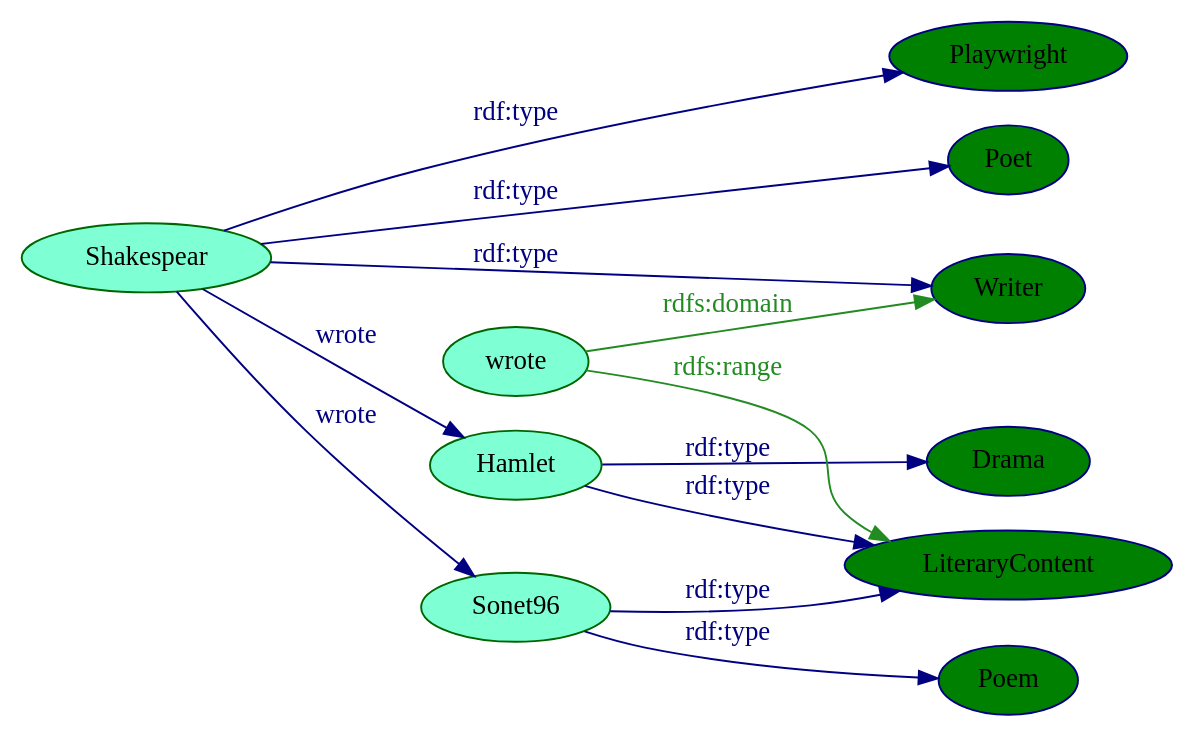
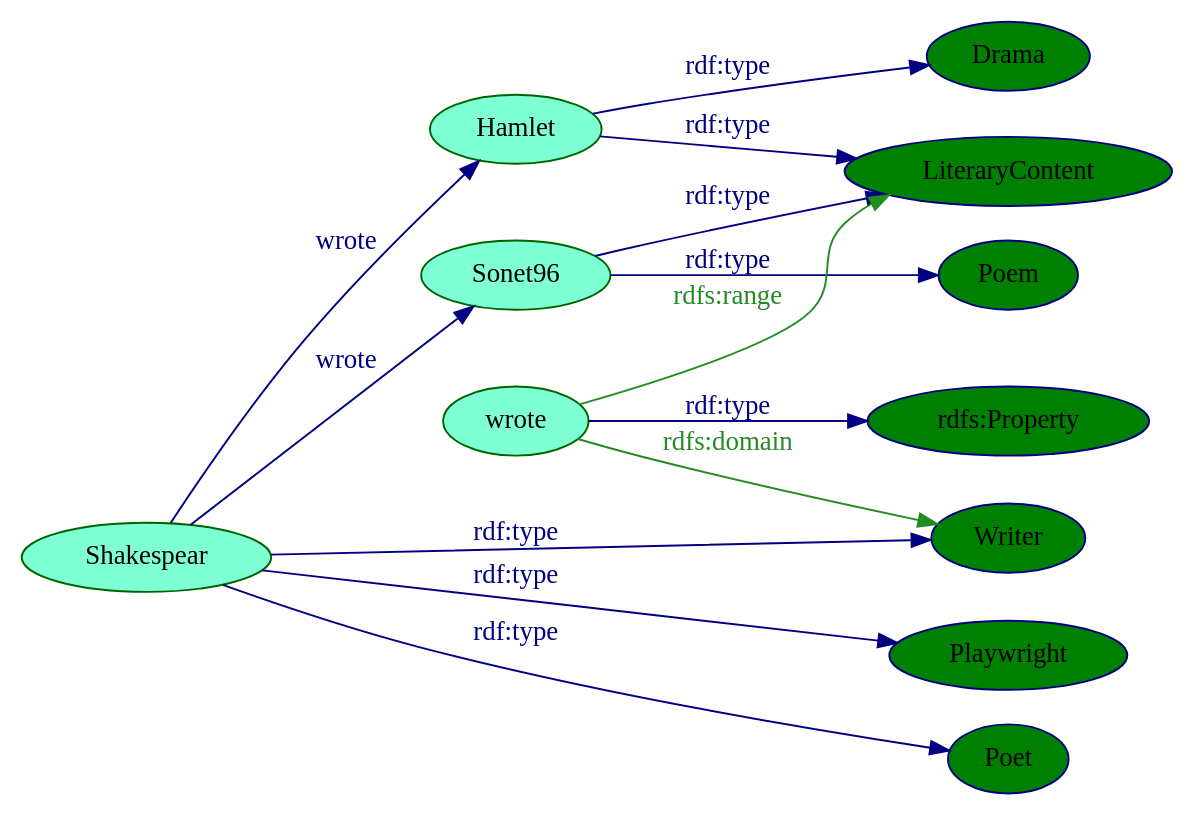
One commit to grochmal/birkbeck changed the diagram in int_tech/sw/coursework/ex1_playwrights.dot. Above: the diagram before and after it, drawn with Graphviz. The commit also changed 9 other files, not shown here.

```diff
--- a/int_tech/sw/coursework/ex1_playwrights.dot
+++ b/int_tech/sw/coursework/ex1_playwrights.dot
@@ -1,29 +1,23 @@
 digraph {
     rankdir=LR;
-    {rank=same; Playwright Poet Writer Drama Poem LiteraryContent}
-    Shakespear [style="filled",color="darkgreen",fillcolor="aquamarine"];
-    Hamlet  [style="filled",color="darkgreen",fillcolor="aquamarine"];
-    Sonet96 [style="filled",color="darkgreen",fillcolor="aquamarine"];
-    wrote   [style="filled",color="darkgreen",fillcolor="aquamarine"];
-    Playwright      [style="filled",color="navyblue",fillcolor="green"];
-    Poet            [style="filled",color="navyblue",fillcolor="green"];
-    Drama           [style="filled",color="navyblue",fillcolor="green"];
-    Poem            [style="filled",color="navyblue",fillcolor="green"];
-    Writer          [style="filled",color="navyblue",fillcolor="green"];
-    LiteraryContent [style="filled",color="navyblue",fillcolor="green"];
-    Shakespear -> Playwright [label="rdf:type",color="navy",fontcolor="navy"];
-    Shakespear -> Poet       [label="rdf:type",color="navy",fontcolor="navy"];
-    Shakespear -> Writer     [label="rdf:type",color="navy",fontcolor="navy"];
-    Shakespear -> Hamlet     [label="wrote",color="navy",fontcolor="navy"];
-    Shakespear -> Sonet96    [label="wrote",color="navy",fontcolor="navy"];
-    Hamlet -> Drama           [label="rdf:type",color="navy",fontcolor="navy"];
-    Hamlet -> LiteraryContent [label="rdf:type",color="navy",fontcolor="navy"];
-    Sonet96 -> Poem            [label="rdf:type"
-                               ,color="navy",fontcolor="navy"];
-    Sonet96 -> LiteraryContent [label="rdf:type"
-                               ,color="navy",fontcolor="navy"];
-    wrote -> Writer          [label="rdfs:domain"
-                             ,color="forestgreen",fontcolor="forestgreen"];
-    wrote -> LiteraryContent [label="rdfs:range"
-                             ,color="forestgreen",fontcolor="forestgreen"];
+    node [style=filled,color=darkgreen,fillcolor=aquamarine];
+    Shakespear; Hamlet; Sonet96; wrote;
+    node [style=filled,color=navyblue,fillcolor=green];
+    Playwright; Poet; Drama; Poem; Writer; LiteraryContent;
+    Property [label="rdfs:Property"];
+    {rank=same; Playwright Poet Writer Drama Poem LiteraryContent Property}
+    edge [color=navy,fontcolor=navy];
+    Shakespear -> Playwright   [label="rdf:type"];
+    Shakespear -> Poet         [label="rdf:type"];
+    Shakespear -> Writer       [label="rdf:type"];
+    Shakespear -> Hamlet       [label="wrote"];
+    Shakespear -> Sonet96      [label="wrote"];
+    Hamlet -> Drama            [label="rdf:type"];
+    Hamlet -> LiteraryContent  [label="rdf:type"];
+    Sonet96 -> Poem            [label="rdf:type"];
+    Sonet96 -> LiteraryContent [label="rdf:type"];
+    wrote -> Property          [label="rdf:type"];
+    edge [color=forestgreen,fontcolor=forestgreen];
+    wrote -> Writer          [label="rdfs:domain"];
+    wrote -> LiteraryContent [label="rdfs:range"];
 }
```
